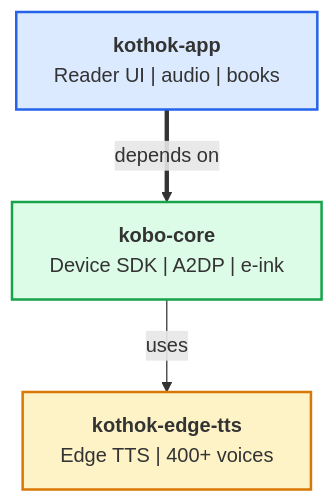
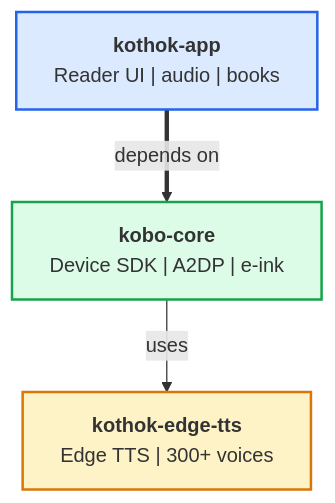
One commit to Nayeem170/KoThok changed the first of 4 diagrams in README.md. Above: the diagram before and after it, drawn with Mermaid. The commit also changed other lines of this file and 11 other files, not shown here.

````diff
--- a/README.md
+++ b/README.md
@@ -20,13 +24,13 @@
 ```mermaid
 flowchart TD
     APP["<b>kothok-app</b><br/>Reader UI | audio | books"]
     CORE["<b>kobo-core</b><br/>Device SDK | A2DP | e-ink"]
-    TTS["<b>kothok-edge-tts</b><br/>Edge TTS | 400+ voices"]
+    TTS["<b>kothok-edge-tts</b><br/>Edge TTS | 300+ voices"]
 
     APP ==>|"depends on"| CORE
     CORE -->|"uses"| TTS
 
     style APP fill:#dbeafe,stroke:#2563eb,stroke-width:2px
     style CORE fill:#dcfce7,stroke:#16a34a,stroke-width:2px
     style TTS fill:#fef3c7,stroke:#d97706,stroke-width:2px
 ```
````
